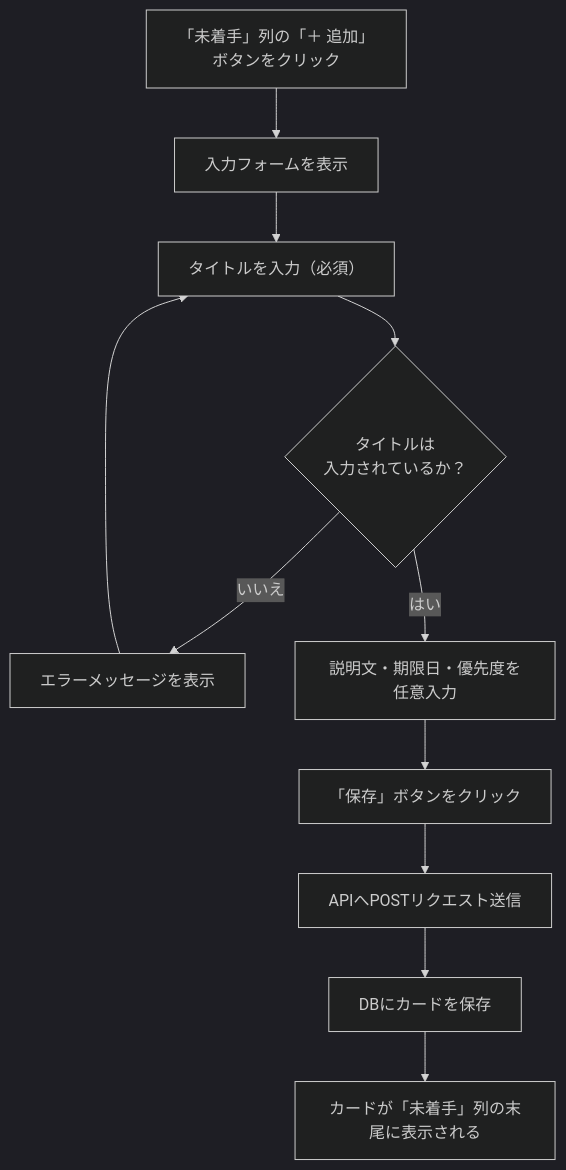
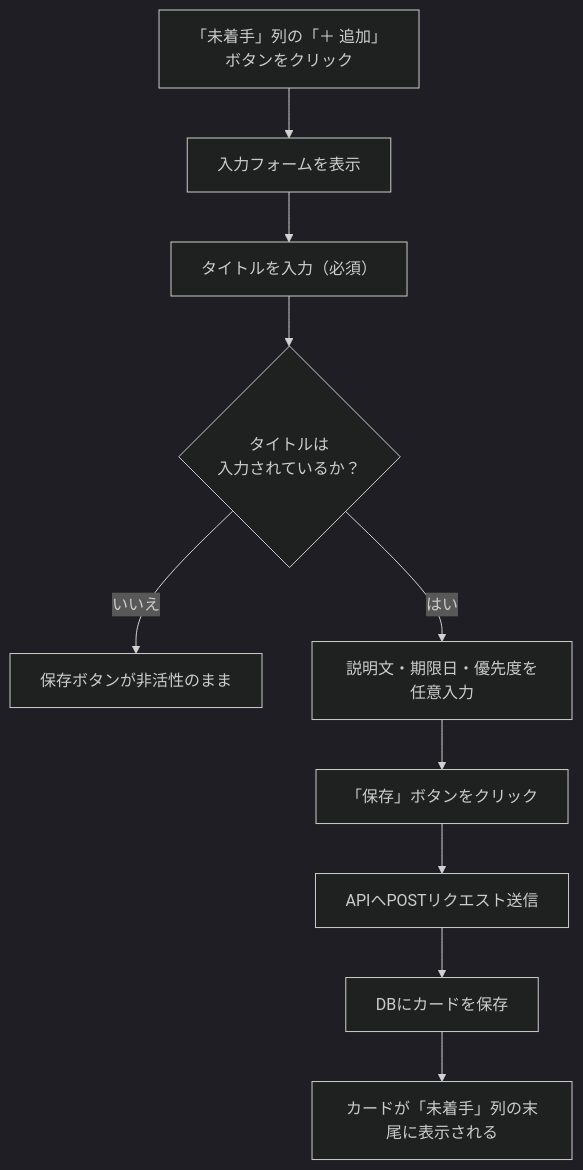
One commit to Masaki-0225/AIgakusyuu changed the first of 6 diagrams in docs/functional-requirements.md. Above: the diagram before and after it, drawn with Mermaid (dark theme). The commit also changed other lines of this file and 3 other files, not shown here.

````diff
--- a/docs/functional-requirements.md
+++ b/docs/functional-requirements.md
@@ -65,13 +76,12 @@
 ```mermaid
 flowchart TD
     A["「未着手」列の「＋ 追加」ボタンをクリック"] --> B["入力フォームを表示"]
     B --> C["タイトルを入力（必須）"]
     C --> D{"タイトルは\n入力されているか？"}
-    D -- いいえ --> E["エラーメッセージを表示"]
-    E --> C
+    D -- いいえ --> E["保存ボタンが非活性のまま"]
     D -- はい --> F["説明文・期限日・優先度を任意入力"]
     F --> G["「保存」ボタンをクリック"]
     G --> H["APIへPOSTリクエスト送信"]
     H --> I["DBにカードを保存"]
     I --> J["カードが「未着手」列の末尾に表示される"]
 ```
````
